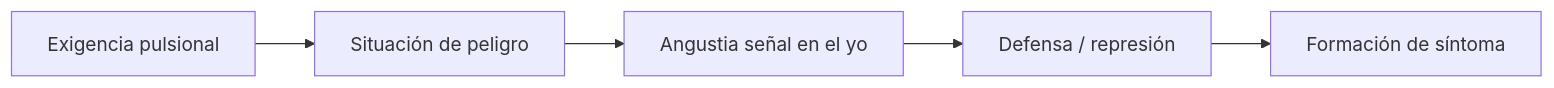
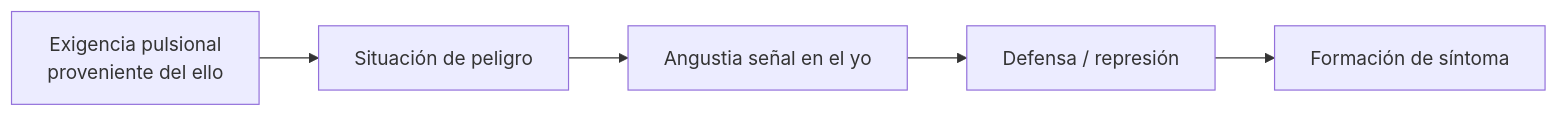
Before and after one commit to javifernandes/psicoanalisis-freud-laznik-tercer-parcial: the third of 3 diagrams in libro/bookops/02-sintesis-integrada/00-recorrido-general.md, drawn with Mermaid. The commit also changed other lines of this file and 1 other file, not shown here.

Commit message:
Locate drive demand in the id

````diff
--- a/libro/bookops/02-sintesis-integrada/00-recorrido-general.md
+++ b/libro/bookops/02-sintesis-integrada/00-recorrido-general.md
@@ -95,7 +95,7 @@
 ```mermaid
 flowchart LR
-  A["Exigencia pulsional"] --> B["Situación de peligro"]
+  A["Exigencia pulsional<br/>proveniente del ello"] --> B["Situación de peligro"]
   B --> C["Angustia señal en el yo"]
   C --> D["Defensa / represión"]
   D --> E["Formación de síntoma"]
 ```
````
